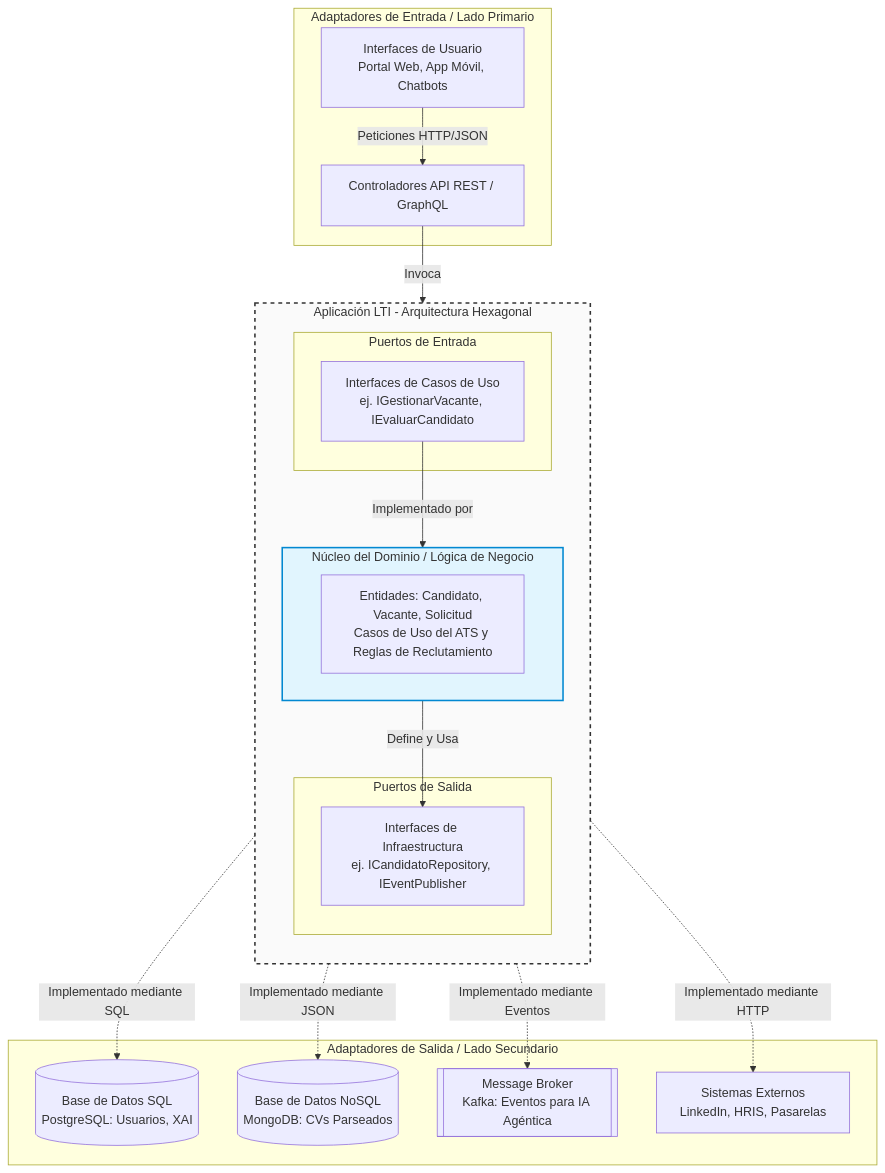
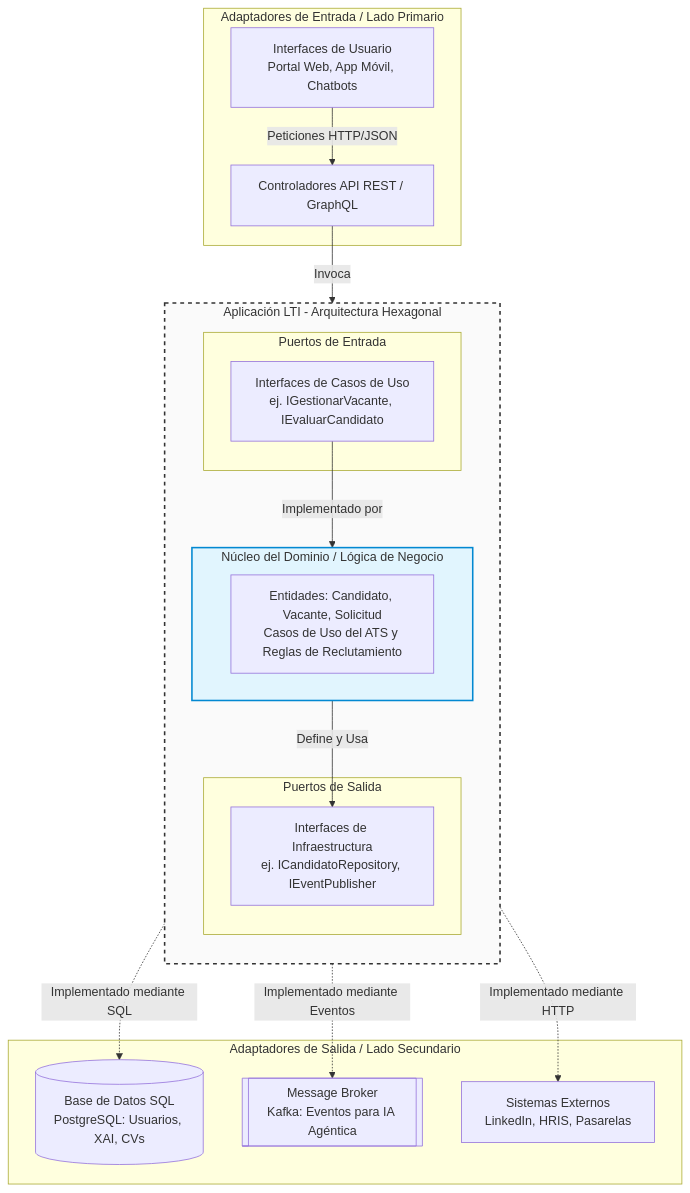
The fifth of 6 diagrams in LTI-JDLM/LTI-JDLM.md (lacruzjd/AI4Devs-design-1-202603), drawn with Mermaid before and after one commit. The commit also changed other lines of this file, not shown here.

````diff
--- a/LTI-JDLM/LTI-JDLM.md
+++ b/LTI-JDLM/LTI-JDLM.md
@@ -320,49 +320,47 @@
 ```mermaid
 graph TD
     %% Lado Primario (Actores que inician la interacción)
     subgraph AdaptadoresEntrada [Adaptadores de Entrada / Lado Primario]
         UI[Interfaces de Usuario<br>Portal Web, App Móvil, Chatbots]
         REST[Controladores API REST / GraphQL]
     end
 
     %% El Hexágono (Núcleo del Sistema)
     subgraph Hexagono [Aplicación LTI - Arquitectura Hexagonal]
         direction TB
         
         subgraph PuertosEntrada [Puertos de Entrada]
             PortIn[Interfaces de Casos de Uso<br>ej. IGestionarVacante, IEvaluarCandidato]
         end
 
         subgraph Dominio [Núcleo del Dominio / Lógica de Negocio]
             Entidades[Entidades: Candidato, Vacante, Solicitud<br>Casos de Uso del ATS y Reglas de Reclutamiento]
         end
 
         subgraph PuertosSalida [Puertos de Salida]
             PortOut[Interfaces de Infraestructura<br>ej. ICandidatoRepository, IEventPublisher]
         end
 
         PortIn -->|Implementado por| Dominio
         Dominio -->|Define y Usa| PortOut
     end
 
     %% Lado Secundario (Infraestructura y Actores conducidos)
     subgraph AdaptadoresSalida [Adaptadores de Salida / Lado Secundario]
-        DB_SQL[(Base de Datos SQL<br>PostgreSQL: Usuarios, XAI)]
-        DB_NoSQL[(Base de Datos NoSQL<br>MongoDB: CVs Parseados)]
+        DB_SQL[(Base de Datos SQL<br>PostgreSQL: Usuarios, XAI, CVs)]
         Broker[[Message Broker<br>Kafka: Eventos para IA Agéntica]]
         APIs[Sistemas Externos<br>LinkedIn, HRIS, Pasarelas]
     end
 
     %% Flujo de ejecución y dependencias
     UI -->|Peticiones HTTP/JSON| REST
     REST -->|Invoca| PortIn
     
     PortOut -.->|Implementado mediante SQL| DB_SQL
-    PortOut -.->|Implementado mediante JSON| DB_NoSQL
     PortOut -.->|Implementado mediante Eventos| Broker
     PortOut -.->|Implementado mediante HTTP| APIs
     
     %% Estilos
     style Dominio fill:#e1f5fe,stroke:#0288d1,stroke-width:2px
     style Hexagono fill:#fafafa,stroke:#333,stroke-width:2px,stroke-dasharray: 5 5
 ```
````
